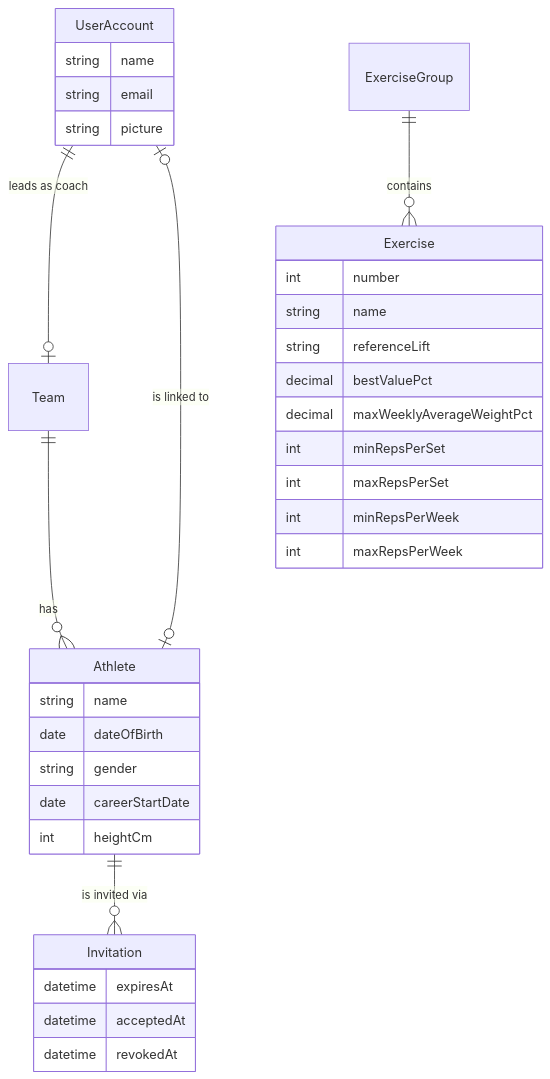
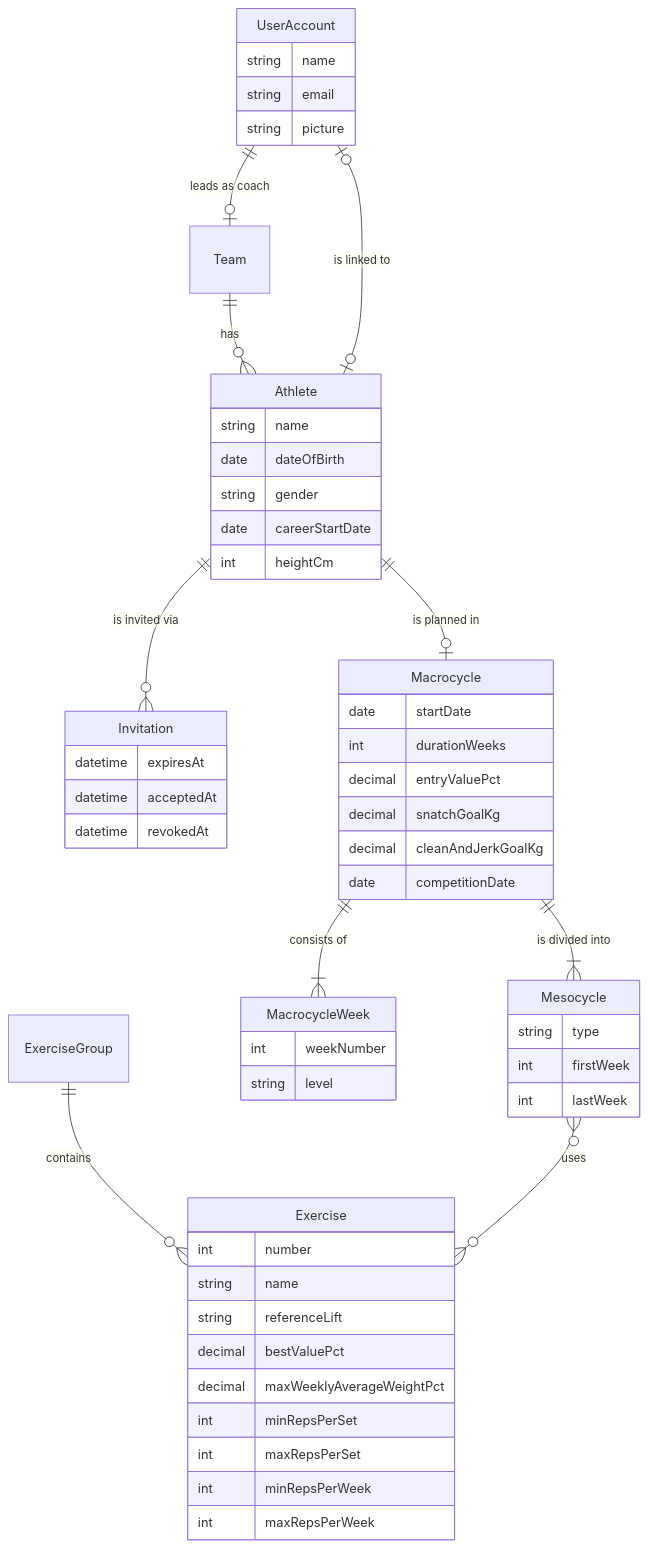
One commit to simonwesthoff/cool changed the diagram in openspec/domain-model.md. Above: the diagram before and after it, drawn with Mermaid. The commit also changed other lines of this file and 11 other files, not shown here.

````diff
--- a/openspec/domain-model.md
+++ b/openspec/domain-model.md
@@ -18,36 +18,57 @@
 ```mermaid
 erDiagram
     UserAccount ||--o| Team : "leads as coach"
     Team ||--o{ Athlete : "has"
     UserAccount |o--o| Athlete : "is linked to"
     Athlete ||--o{ Invitation : "is invited via"
     UserAccount {
         string name
         string email
         string picture
     }
     Athlete {
         string name
         date dateOfBirth
         string gender
         date careerStartDate
         int heightCm
     }
     Invitation {
         datetime expiresAt
         datetime acceptedAt
         datetime revokedAt
     }
     ExerciseGroup ||--o{ Exercise : "contains"
+    Athlete ||--o| Macrocycle : "is planned in"
+    Macrocycle ||--|{ MacrocycleWeek : "consists of"
+    Macrocycle ||--|{ Mesocycle : "is divided into"
+    Mesocycle }o--o{ Exercise : "uses"
+    Macrocycle {
+        date startDate
+        int durationWeeks
+        decimal entryValuePct
+        decimal snatchGoalKg
+        decimal cleanAndJerkGoalKg
+        date competitionDate
+    }
+    MacrocycleWeek {
+        int weekNumber
+        string level
+    }
+    Mesocycle {
+        string type
+        int firstWeek
+        int lastWeek
+    }
     Exercise {
         int number
         string name
         string referenceLift
         decimal bestValuePct
         decimal maxWeeklyAverageWeightPct
         int minRepsPerSet
         int maxRepsPerSet
         int minRepsPerWeek
         int maxRepsPerWeek
     }
 ```
````
